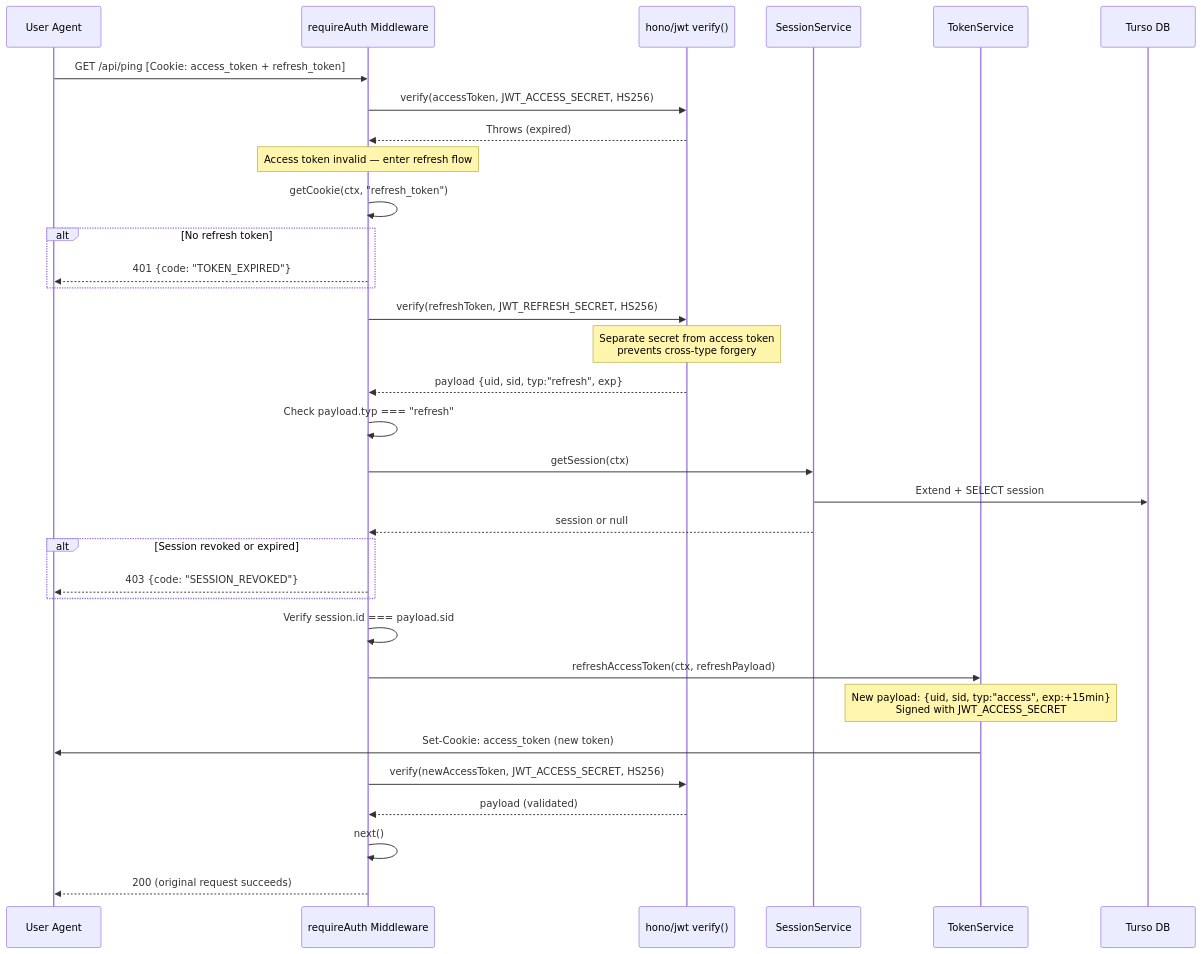
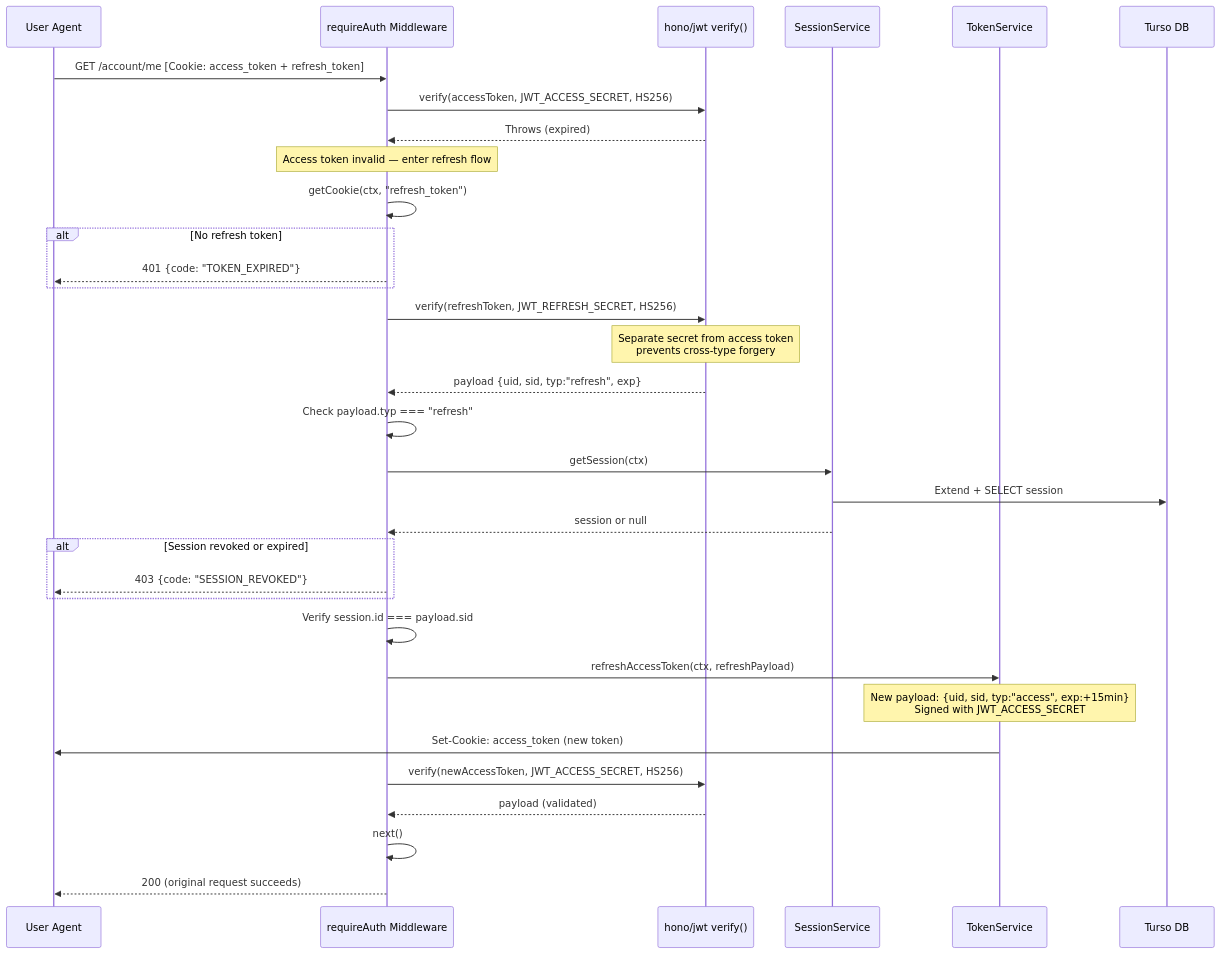
One commit to vhscom/private-landing changed the fourth of 6 diagrams in docs/flows.md. Above: the diagram before and after it, drawn with Mermaid. The commit also changed other lines of this file and 17 other files, not shown here.

````diff
--- a/docs/flows.md
+++ b/docs/flows.md
@@ -157,47 +157,47 @@
 ```mermaid
 sequenceDiagram
   participant U as User Agent
   participant MW as requireAuth Middleware
   participant JWT as hono/jwt verify()
   participant SS as SessionService
   participant TS as TokenService
   participant DB as Turso DB
 
-  U->>MW: GET /api/ping [Cookie: access_token + refresh_token]
+  U->>MW: GET /account/me [Cookie: access_token + refresh_token]
 
   MW->>JWT: verify(accessToken, JWT_ACCESS_SECRET, HS256)
   JWT-->>MW: Throws (expired)
   Note over MW: Access token invalid — enter refresh flow
 
   MW->>MW: getCookie(ctx, "refresh_token")
 
   alt No refresh token
     MW-->>U: 401 {code: "TOKEN_EXPIRED"}
   end
 
   MW->>JWT: verify(refreshToken, JWT_REFRESH_SECRET, HS256)
   Note over JWT: Separate secret from access token<br/>prevents cross-type forgery
   JWT-->>MW: payload {uid, sid, typ:"refresh", exp}
 
   MW->>MW: Check payload.typ === "refresh"
 
   MW->>SS: getSession(ctx)
   SS->>DB: Extend + SELECT session
   SS-->>MW: session or null
 
   alt Session revoked or expired
     MW-->>U: 403 {code: "SESSION_REVOKED"}
   end
 
   MW->>MW: Verify session.id === payload.sid
 
   MW->>TS: refreshAccessToken(ctx, refreshPayload)
   Note over TS: New payload: {uid, sid, typ:"access", exp:+15min}<br/>Signed with JWT_ACCESS_SECRET
   TS->>U: Set-Cookie: access_token (new token)
 
   MW->>JWT: verify(newAccessToken, JWT_ACCESS_SECRET, HS256)
   JWT-->>MW: payload (validated)
 
   MW->>MW: next()
   MW-->>U: 200 (original request succeeds)
 ```
````
